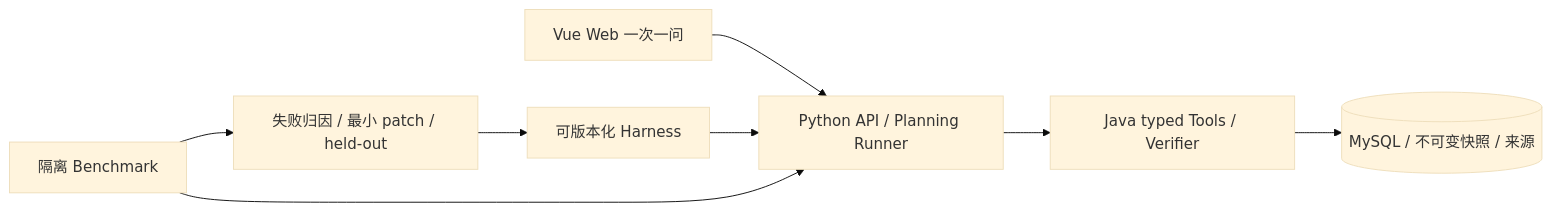
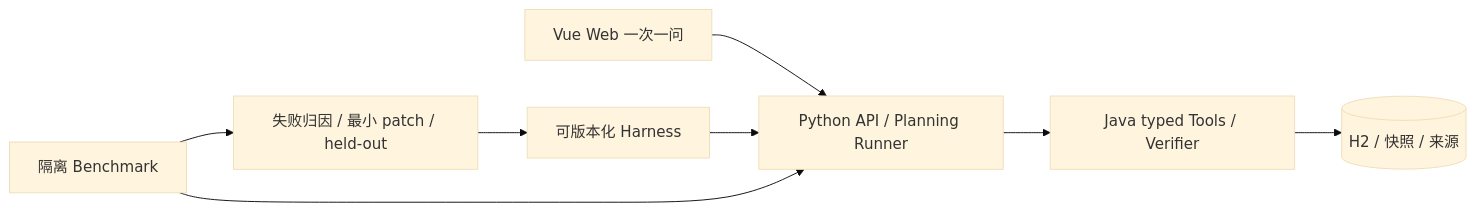
Before and after one commit to HelicasECoode42/CoursePilot-Evo: the diagram in README.md, drawn with Mermaid (base theme). The commit also changed other lines of this file and 16 other files, not shown here.

````diff
--- a/README.md
+++ b/README.md
@@ -35,10 +35,10 @@
 ```mermaid
 flowchart LR
   W[Vue Web 一次一问] --> P[Python API / Planning Runner]
   H[可版本化 Harness] --> P
   P --> J[Java typed Tools / Verifier]
-  J --> DB[(MySQL / 不可变快照 / 来源)]
+  J --> DB[(H2 / 快照 / 来源)]
   B[隔离 Benchmark] --> P
   B --> E[失败归因 / 最小 patch / held-out]
   E --> H
 ```
````
